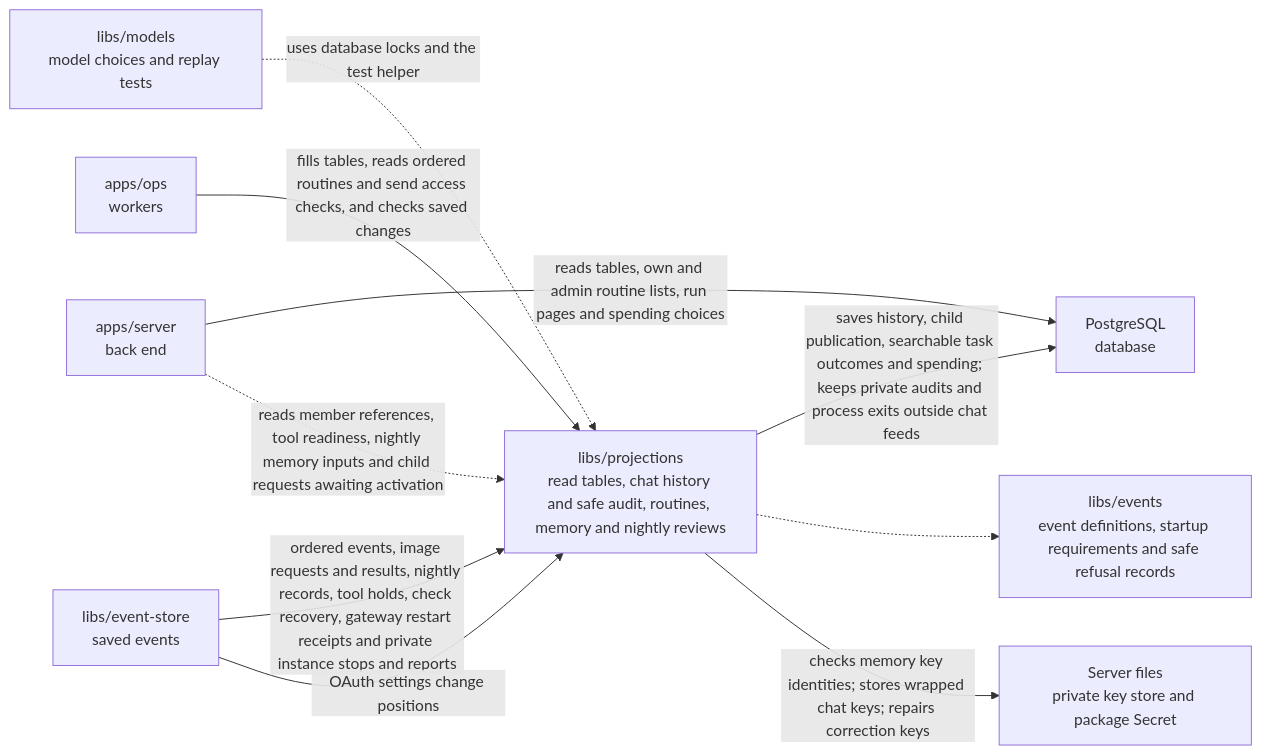
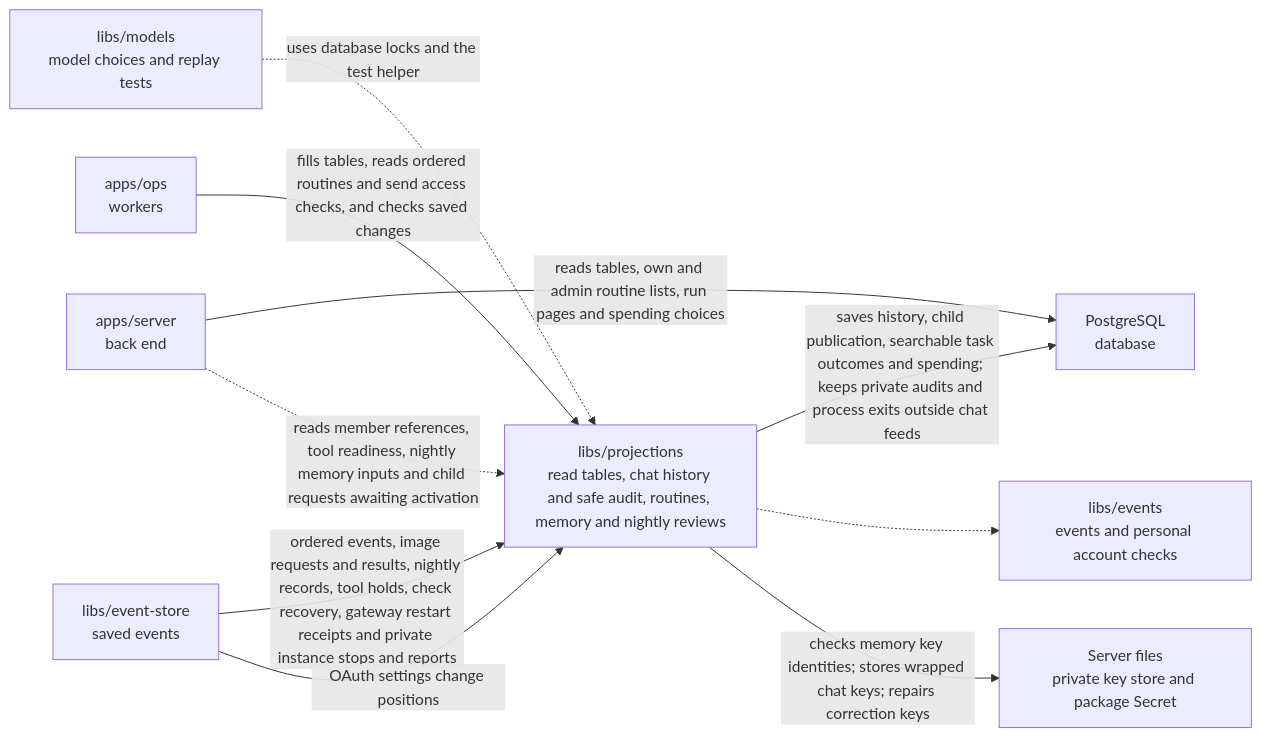
Before and after one commit to elewa-git/opencrane-new: the diagram in libs/projections/README.md, drawn with Mermaid. The commit also changed other lines of this file and 157 other files, not shown here.

````diff
--- a/libs/projections/README.md
+++ b/libs/projections/README.md
@@ -68,12 +68,12 @@
 ```mermaid
 flowchart LR
   models["libs/models<br/>model choices and replay tests"] -.->|uses database locks and the test helper| projections
   ops["apps/ops<br/>workers"] -->|fills tables, reads ordered routines and send access checks, and checks saved changes| projections["libs/projections<br/>read tables, chat history and safe audit, routines, memory and nightly reviews"]
   server["apps/server<br/>back end"] -->|reads tables, own and admin routine lists, run pages and spending choices| pg["PostgreSQL<br/>database"]
   projections -->|saves history, child publication, searchable task outcomes and spending; keeps private audits and process exits outside chat feeds| pg
   store["libs/event-store<br/>saved events"] -->|ordered events, image requests and results, nightly records, tool holds, check recovery, gateway restart receipts and private instance stops and reports| projections
   server -.->|reads member references, tool readiness, nightly memory inputs and child requests awaiting activation| projections
-  projections -.-> events["libs/events<br/>event definitions, startup requirements and safe refusal records"]
+  projections -.-> events["libs/events<br/>events and personal account checks"]
   projections -->|checks memory key identities; stores wrapped chat keys; repairs correction keys| keys["Server files<br/>private key store and package Secret"]
   store -->|OAuth settings change positions| projections
 ```
````
